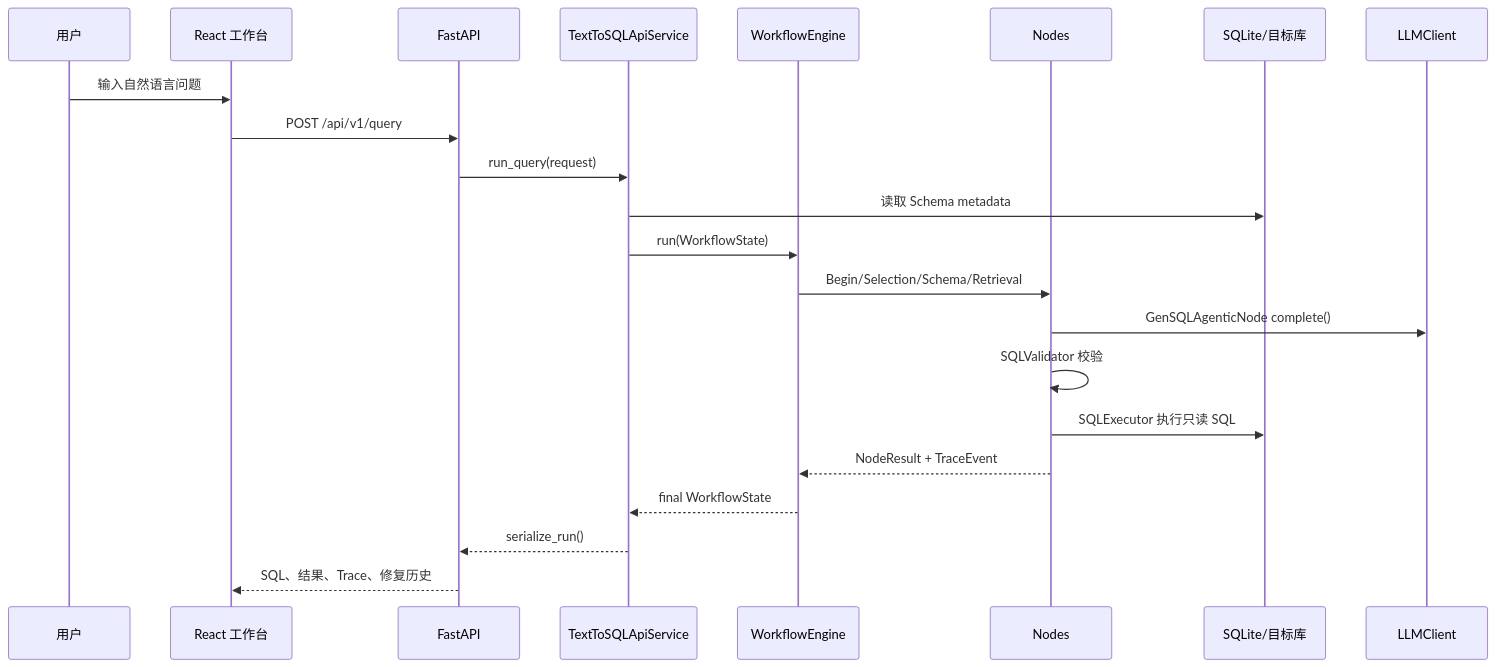
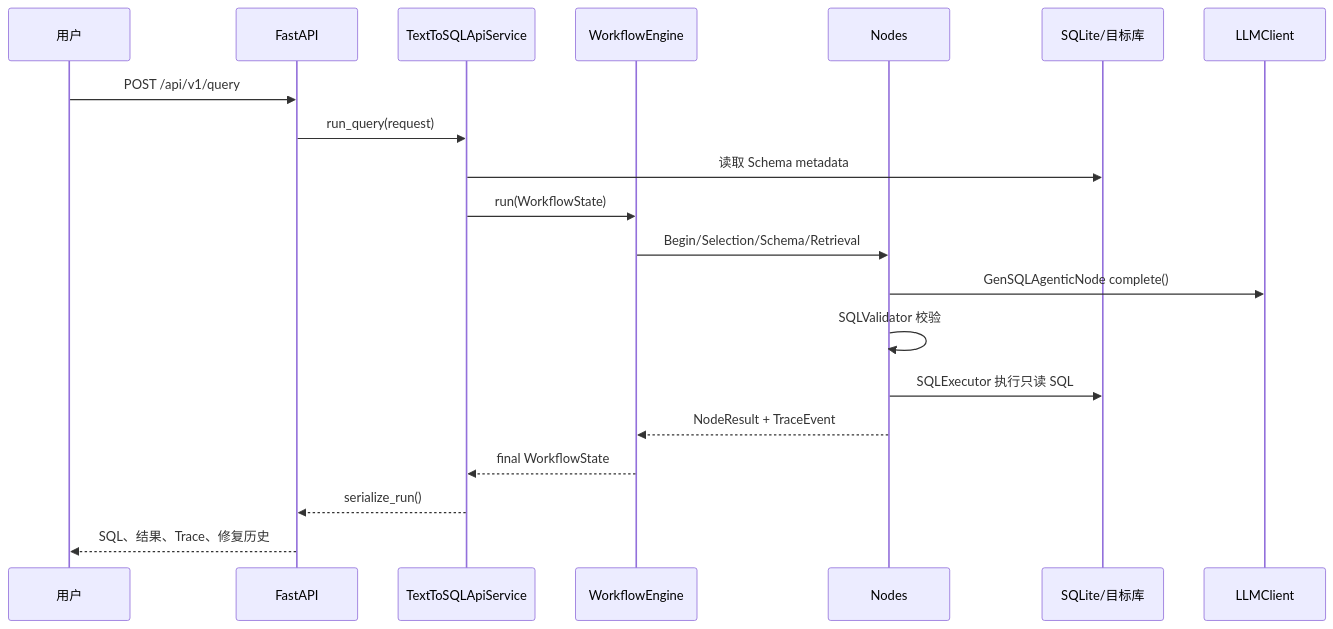
One commit to lingyunjie321/text-to-sql-lite changed the diagram in docs/codex-retrospective/00-project-analysis.md. Above: the diagram before and after it, drawn with Mermaid. The commit also changed other lines of this file and 23 other files, not shown here.

````diff
--- a/docs/codex-retrospective/00-project-analysis.md
+++ b/docs/codex-retrospective/00-project-analysis.md
@@ -60,25 +57,23 @@
 ```mermaid
 sequenceDiagram
     participant User as 用户
-    participant UI as React 工作台
     participant API as FastAPI
     participant Service as TextToSQLApiService
     participant Engine as WorkflowEngine
     participant Nodes as Nodes
     participant DB as SQLite/目标库
     participant LLM as LLMClient
 
-    User->>UI: 输入自然语言问题
-    UI->>API: POST /api/v1/query
+    User->>API: POST /api/v1/query
     API->>Service: run_query(request)
     Service->>DB: 读取 Schema metadata
     Service->>Engine: run(WorkflowState)
     Engine->>Nodes: Begin/Selection/Schema/Retrieval
     Nodes->>LLM: GenSQLAgenticNode complete()
     Nodes->>Nodes: SQLValidator 校验
     Nodes->>DB: SQLExecutor 执行只读 SQL
     Nodes-->>Engine: NodeResult + TraceEvent
     Engine-->>Service: final WorkflowState
     Service-->>API: serialize_run()
-    API-->>UI: SQL、结果、Trace、修复历史
+    API-->>User: SQL、结果、Trace、修复历史
 ```
````
